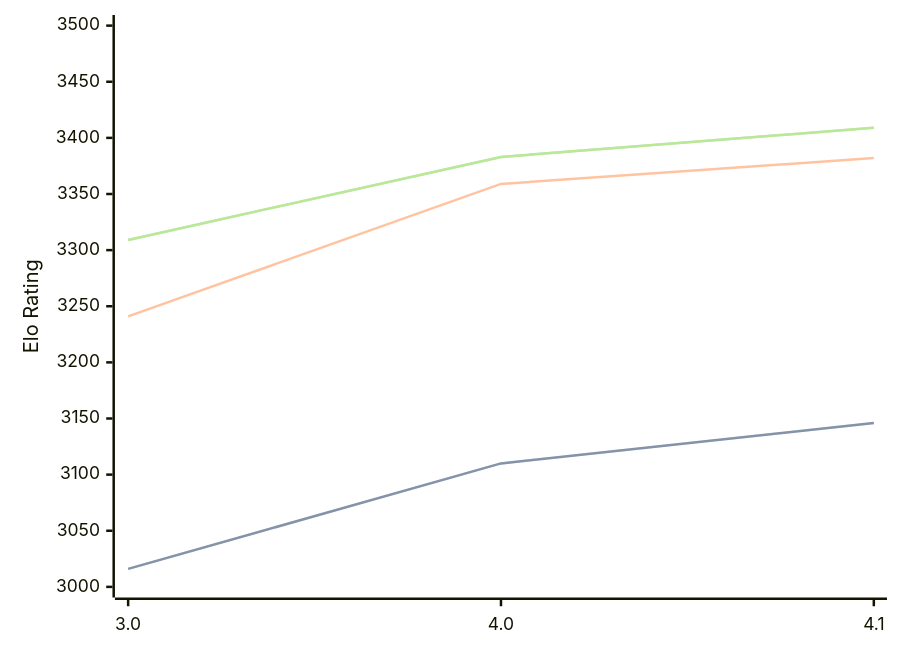
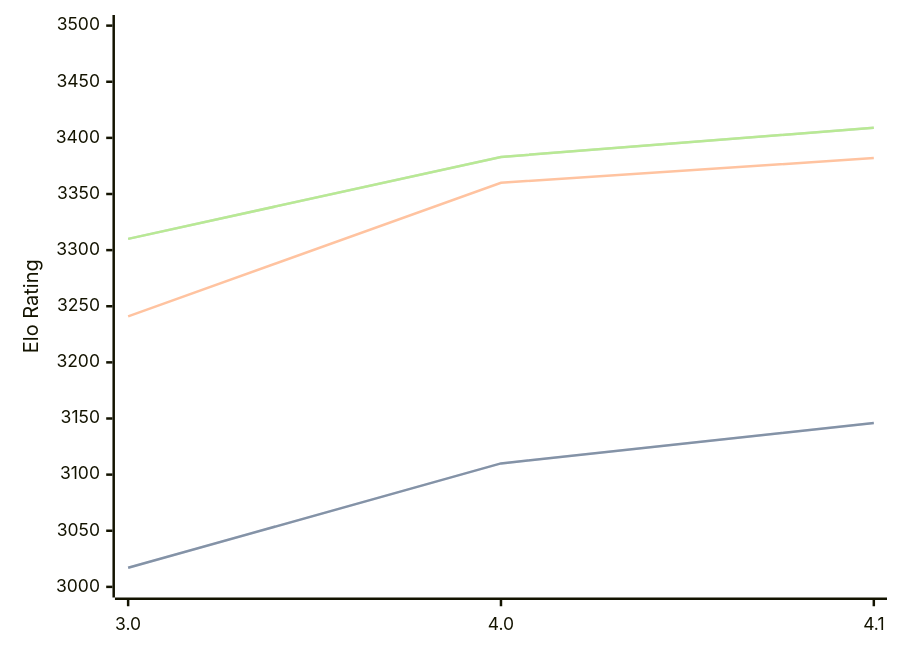
One commit to computer-chess-index/cci changed the diagram in engines/Eleanor.md. Above: the diagram before and after it, drawn with Mermaid. The commit also changed other lines of this file, not shown here.

Commit message:
Update CCI Ratings (ELO VLTC) - 2026-05-22

````diff
--- a/engines/Eleanor.md
+++ b/engines/Eleanor.md
@@ -35,11 +35,11 @@
 ```mermaid
 %%{init: {"theme":"base","themeVariables":{"seriesColors:['#a3a3a3','#222221','#faa371']}}}%%
 xychart-beta
   x-axis ["3.0", "4.0", "4.1"]
   y-axis "Elo Rating" 3000 --> 3500
-  line "STC (8.0+0.08s)" [3016, 3110, 3146]
-  line "STC (8.0+0.08s)" [3016, 3110, 3146]
-  line "LTC (60.0+0.60s)" [3241, 3359, 3382]
-  line "VLTC (2m24s+1.12s)" [3309, 3383, 3409]
-  line "VLTC (2m24s+1.12s)" [3309, 3383, 3409]
+  line "STC (8.0+0.08s)" [3017, 3110, 3146]
+  line "STC (8.0+0.08s)" [3017, 3110, 3146]
+  line "LTC (60.0+0.60s)" [3241, 3360, 3382]
+  line "VLTC (2m24s+1.12s)" [3310, 3383, 3409]
+  line "VLTC (2m24s+1.12s)" [3310, 3383, 3409]
 ```
````
